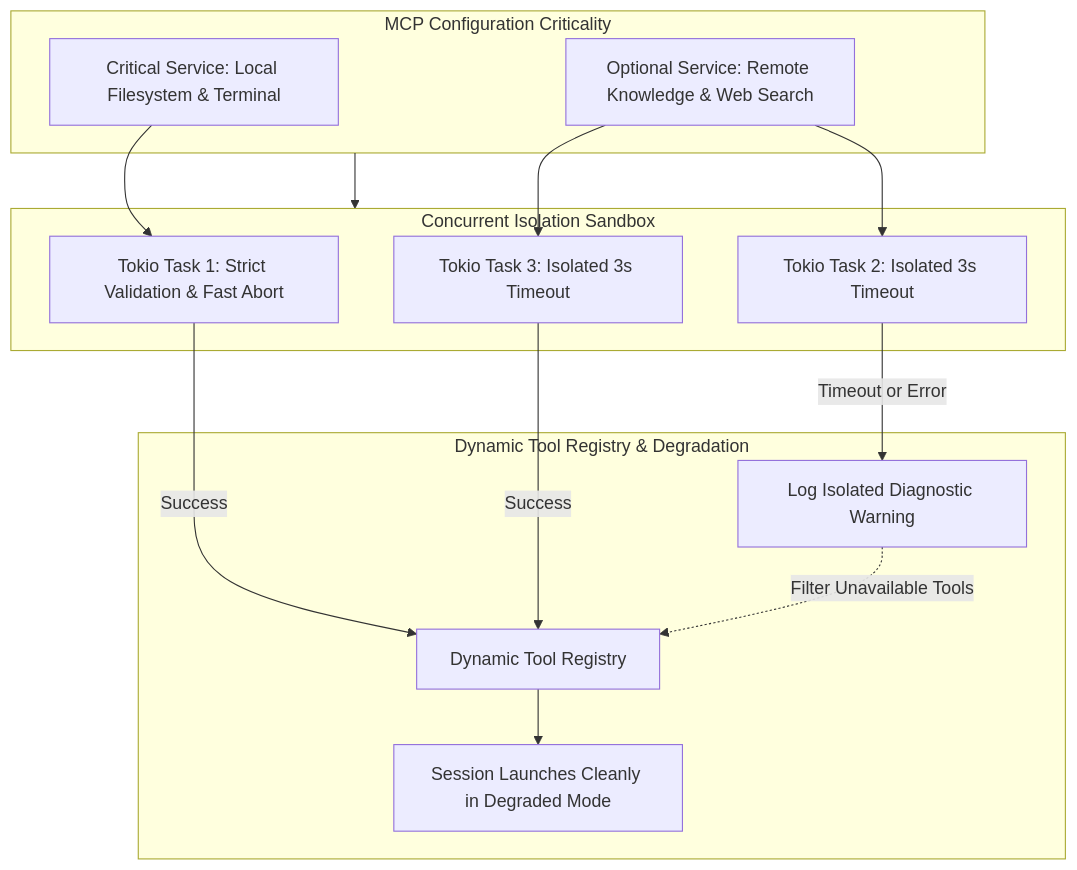
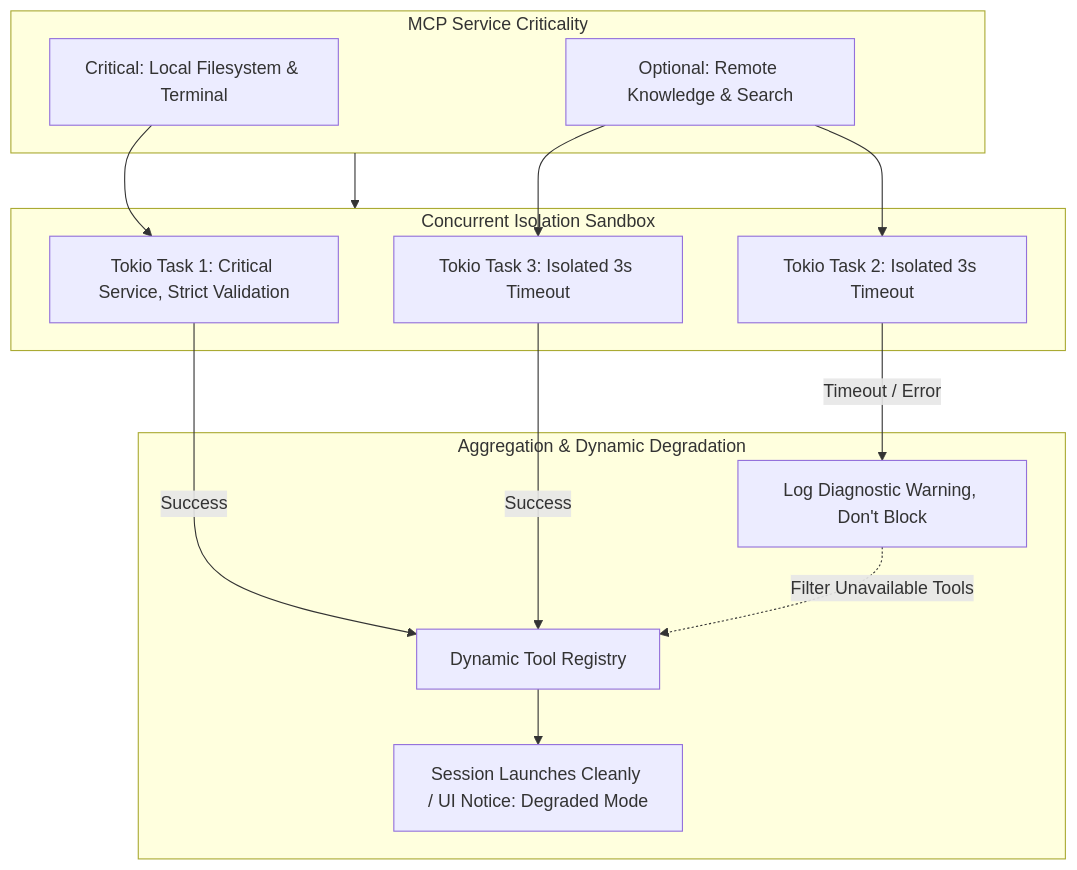
One commit to ferstar/blog changed the diagram in content.en/posts/mcp-server-startup-isolation-and-graceful-degradation.md. Above: the diagram before and after it, drawn with Mermaid. The commit also changed other lines of this file and 9 other files, not shown here.

```diff
--- a/content.en/posts/mcp-server-startup-isolation-and-graceful-degradation.md
+++ b/content.en/posts/mcp-server-startup-isolation-and-graceful-degradation.md
@@ -24,23 +24,23 @@
 {{< mermaid >}}
 flowchart TD
-  subgraph Config[MCP Configuration Criticality]
-    C1[Critical Service: Local Filesystem & Terminal]
-    C2[Optional Service: Remote Knowledge & Web Search]
+  subgraph Config[MCP Service Criticality]
+    C1[Critical: Local Filesystem & Terminal]
+    C2[Optional: Remote Knowledge & Search]
   end
 
   subgraph Startup[Concurrent Isolation Sandbox]
-    C1 --> T1[Tokio Task 1: Strict Validation & Fast Abort]
+    C1 --> T1[Tokio Task 1: Critical Service, Strict Validation]
     C2 --> T2[Tokio Task 2: Isolated 3s Timeout]
     C2 --> T3[Tokio Task 3: Isolated 3s Timeout]
   end
 
-  subgraph Outcome[Dynamic Tool Registry & Degradation]
+  subgraph Outcome[Aggregation & Dynamic Degradation]
     T1 -->|Success| R[Dynamic Tool Registry]
-    T2 -->|Timeout or Error| D[Log Isolated Diagnostic Warning]
+    T2 -->|Timeout / Error| D[Log Diagnostic Warning, Don't Block]
     T3 -->|Success| R
     D -.->|Filter Unavailable Tools| R
-    R --> S[Session Launches Cleanly in Degraded Mode]
+    R --> S[Session Launches Cleanly / UI Notice: Degraded Mode]
   end
 
   Config --> Startup
 {{< /mermaid >}}
```
